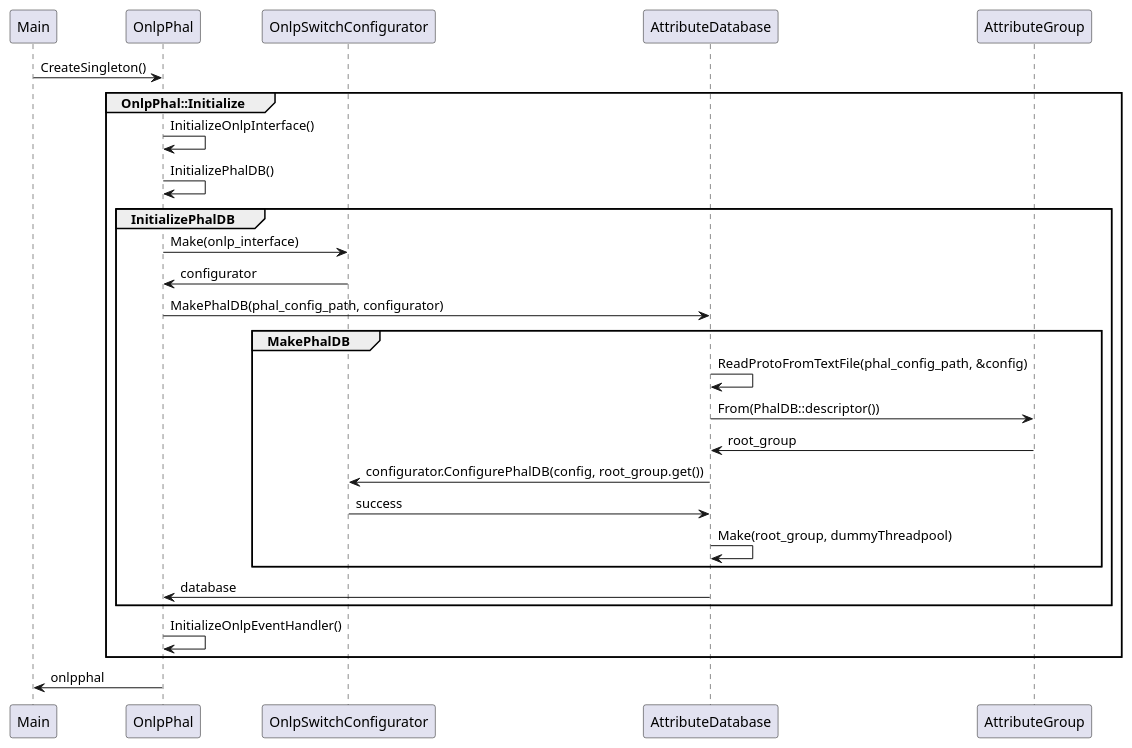
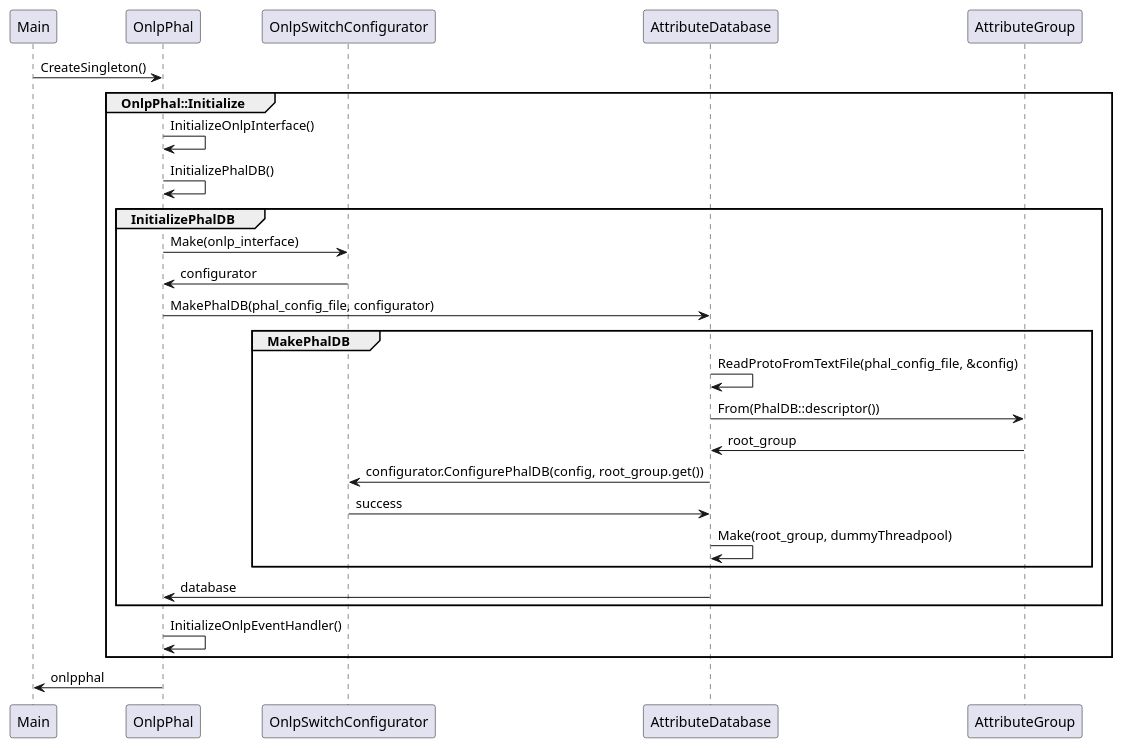
The diagram in stratum/docs/plantuml/switch_configurator.puml (stratum/stratum), drawn with PlantUML before and after one commit. The commit also changed 8 other files, not shown here.

Commit message:
Rename phal_config_path to phal_config_file

```diff
--- a/stratum/docs/plantuml/switch_configurator.puml
+++ b/stratum/docs/plantuml/switch_configurator.puml
@@ -1,23 +1,23 @@
 @startuml
 Main -> OnlpPhal: CreateSingleton()
 group OnlpPhal::Initialize
   OnlpPhal -> OnlpPhal: InitializeOnlpInterface()
   OnlpPhal -> OnlpPhal: InitializePhalDB()
   group InitializePhalDB
     OnlpPhal -> OnlpSwitchConfigurator: Make(onlp_interface)
     OnlpPhal <- OnlpSwitchConfigurator: configurator
-    OnlpPhal -> AttributeDatabase: MakePhalDB(phal_config_path, configurator)
+    OnlpPhal -> AttributeDatabase: MakePhalDB(phal_config_file, configurator)
     group MakePhalDB
-      AttributeDatabase -> AttributeDatabase: ReadProtoFromTextFile(phal_config_path, &config)
+      AttributeDatabase -> AttributeDatabase: ReadProtoFromTextFile(phal_config_file, &config)
       AttributeDatabase -> AttributeGroup: From(PhalDB::descriptor())
       AttributeDatabase <- AttributeGroup: root_group
       AttributeDatabase -> OnlpSwitchConfigurator: configurator.ConfigurePhalDB(config, root_group.get())
       AttributeDatabase <- OnlpSwitchConfigurator: success
       AttributeDatabase -> AttributeDatabase: Make(root_group, dummyThreadpool)
     end
     OnlpPhal <- AttributeDatabase: database
   end
   OnlpPhal -> OnlpPhal: InitializeOnlpEventHandler()
 end
 Main <- OnlpPhal: onlpphal
 @enduml
```
